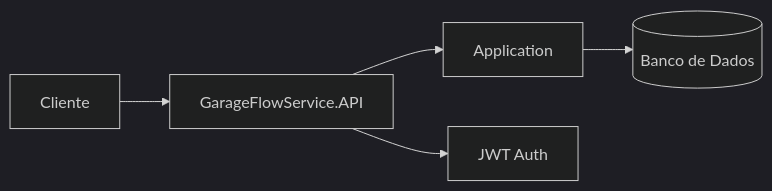
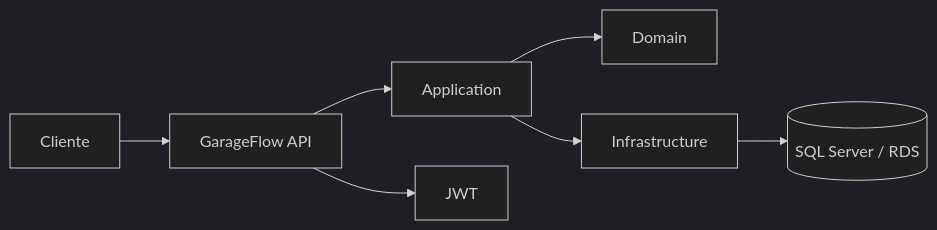
One commit to FiapPosEAA/fiap-garageflow-api changed the diagram in README.md. Above: the diagram before and after it, drawn with Mermaid (dark theme). The commit also changed other lines of this file, not shown here.

````diff
--- a/README.md
+++ b/README.md
@@ -31,7 +87,9 @@
 ```mermaid
 flowchart LR
-    Client[Cliente] --> API[GarageFlowService.API]
-    API --> App[Application]
-    App --> DB[(Banco de Dados)]
-    API --> JWT[JWT Auth]
+        Client[Cliente] --> API[GarageFlow API]
+        API --> App[Application]
+        App --> Domain[Domain]
+        App --> Infra[Infrastructure]
+        Infra --> DB[(SQL Server / RDS)]
+        API --> JWT[JWT]
 ```
````
